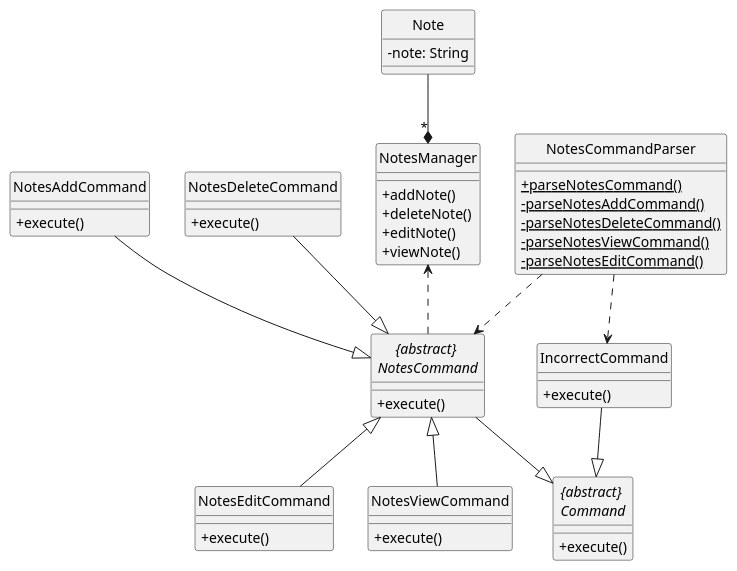
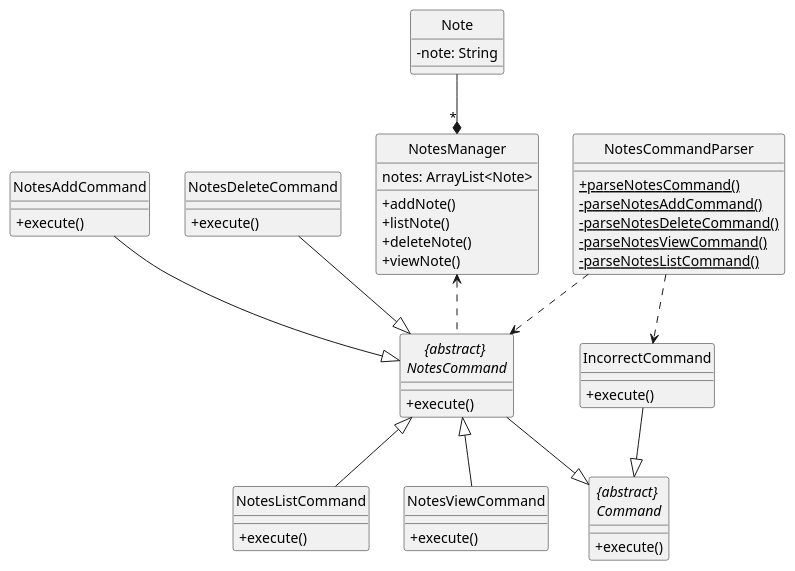
The diagram in docs/diagrams/UML/NotesClassDiagram.puml (wangqinNick/tp), drawn with PlantUML before and after one commit. The commit also changed 1 other file, not shown here.

Commit message:
Edit notes class diagram

```diff
--- a/docs/diagrams/UML/NotesClassDiagram.puml
+++ b/docs/diagrams/UML/NotesClassDiagram.puml
@@ -1,76 +1,78 @@
 @startuml
 
 hide circle
 skinparam classAttributeIconSize 0
 
 class NotesAddCommand
 class NotesDeleteCommand
-class NotesEditCommand
+class NotesListCommand
+class NotesViewCommand
 class NotesManager
 class Note
 
 class "NotesCommandParser" {
     + {static} parseNotesCommand()
     - {static} parseNotesAddCommand()
     - {static} parseNotesDeleteCommand()
     - {static} parseNotesViewCommand()
-    - {static} parseNotesEditCommand()
+    - {static} parseNotesListCommand()
 }
 
 class NotesManager {
+    notes: ArrayList<Note>
     + addNote()
+    + listNote()
     + deleteNote()
-    + editNote()
     + viewNote()
 }
 
 class Note {
     - note: String
 }
 
 abstract class "{abstract} \n Command " {
     + execute()
 }
 
 abstract class "{abstract} \n NotesCommand " {
     + execute()
 }
 
 class IncorrectCommand {
     + execute()
 }
 
 class NotesAddCommand {
     + execute()
 }
 
 class NotesDeleteCommand {
     + execute()
 }
 
-class NotesEditCommand {
+class NotesListCommand {
     + execute()
 }
 
 class NotesViewCommand {
     + execute()
 }
 
 Note --* "*" NotesManager
 NotesManager <.. "{abstract} \n NotesCommand "
 
 "{abstract} \n NotesCommand " --|> "{abstract} \n Command "
 IncorrectCommand --|> "{abstract} \n Command "
 
-"{abstract} \n NotesCommand " <|-- NotesEditCommand
+"{abstract} \n NotesCommand " <|-- NotesListCommand
  NotesDeleteCommand  --|> "{abstract} \n NotesCommand "
 "{abstract} \n NotesCommand " <|-- NotesViewCommand
 NotesAddCommand  --|> "{abstract} \n NotesCommand "
 
 
 
 NotesCommandParser ..> IncorrectCommand
 NotesCommandParser ..> "{abstract} \n NotesCommand "
 
 
 @enduml
```
